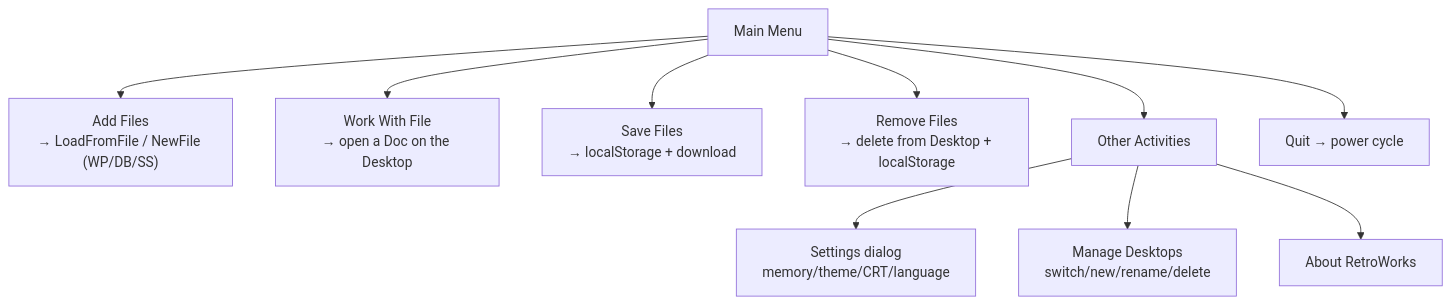
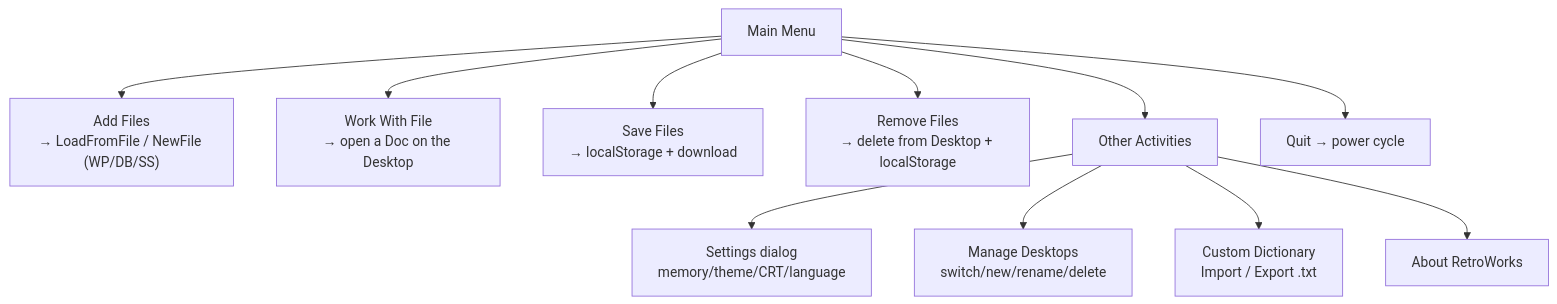
One commit to AuriR/RetroworksBlazor changed the fifth of 5 diagrams in Architecture.md. Above: the diagram before and after it, drawn with Mermaid. The commit also changed other lines of this file and 8 other files, not shown here.

Commit message:
Added custom dictionary for spell check.

````diff
--- a/Architecture.md
+++ b/Architecture.md
@@ -294,12 +296,13 @@
 ```mermaid
 flowchart TD
     MM["Main Menu"] --> A1["Add Files<br/>→ LoadFromFile / NewFile (WP/DB/SS)"]
     MM --> A2["Work With File<br/>→ open a Doc on the Desktop"]
     MM --> A3["Save Files<br/>→ localStorage + download"]
     MM --> A4["Remove Files<br/>→ delete from Desktop + localStorage"]
     MM --> A5["Other Activities"]
     A5 --> Settings["Settings dialog<br/>memory/theme/CRT/language"]
     A5 --> Desktops["Manage Desktops<br/>switch/new/rename/delete"]
+    A5 --> Dict["Custom Dictionary<br/>Import / Export .txt"]
     A5 --> About["About RetroWorks"]
     MM --> Q6["Quit → power cycle"]
 ```
````
